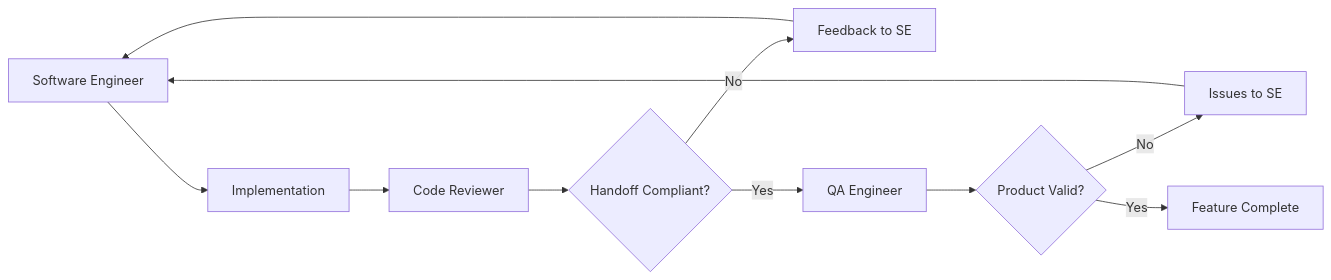
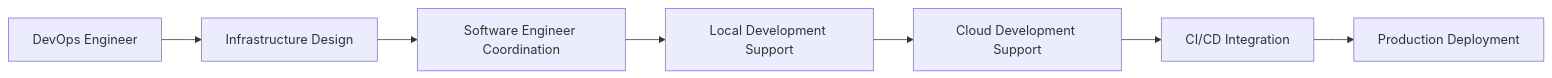
The fourth of 4 diagrams in README.md (jnhaffey/AI-Agent-Project-Instruction-Generator), drawn with Mermaid before and after one commit. The commit also changed other lines of this file and 13 other files, not shown here.

````diff
--- a/README.md
+++ b/README.md
@@ -284,13 +326,9 @@
 ```mermaid
 graph LR
-    A[Software Engineer] --> B[Implementation]
-    B --> C[Code Reviewer]
-    C --> D{Handoff Compliant?}
-    D -->|No| E[Feedback to SE]
-    D -->|Yes| F[QA Engineer]
-    E --> A
-    F --> G{Product Valid?}
-    G -->|No| H[Issues to SE]
-    G -->|Yes| I[Feature Complete]
-    H --> A
+    A[DevOps Engineer] --> B[Infrastructure Design]
+    B --> C[Software Engineer Coordination]
+    C --> D[Local Development Support]
+    D --> E[Cloud Development Support]
+    E --> F[CI/CD Integration]
+    F --> G[Production Deployment]
 ```
````
